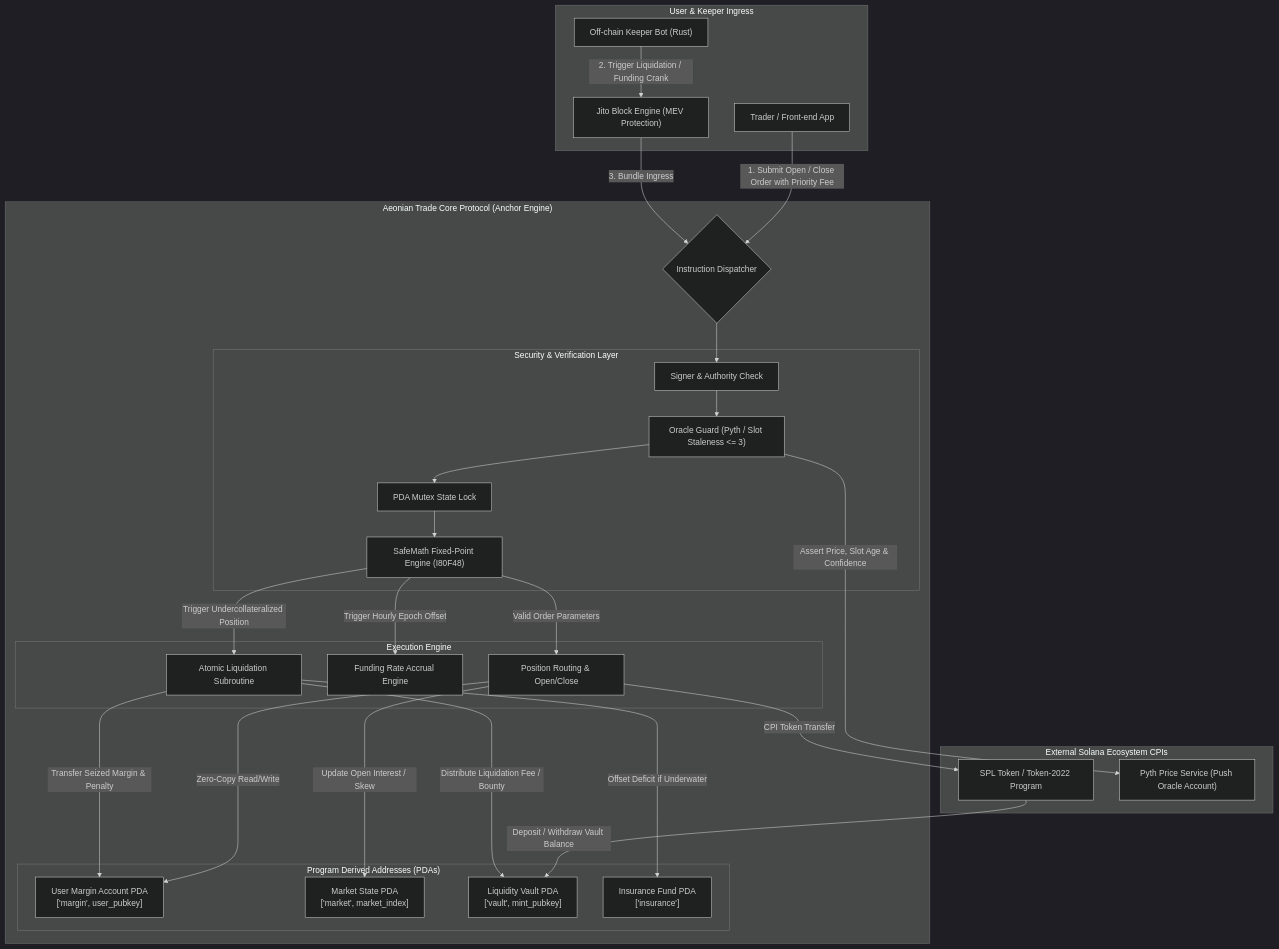
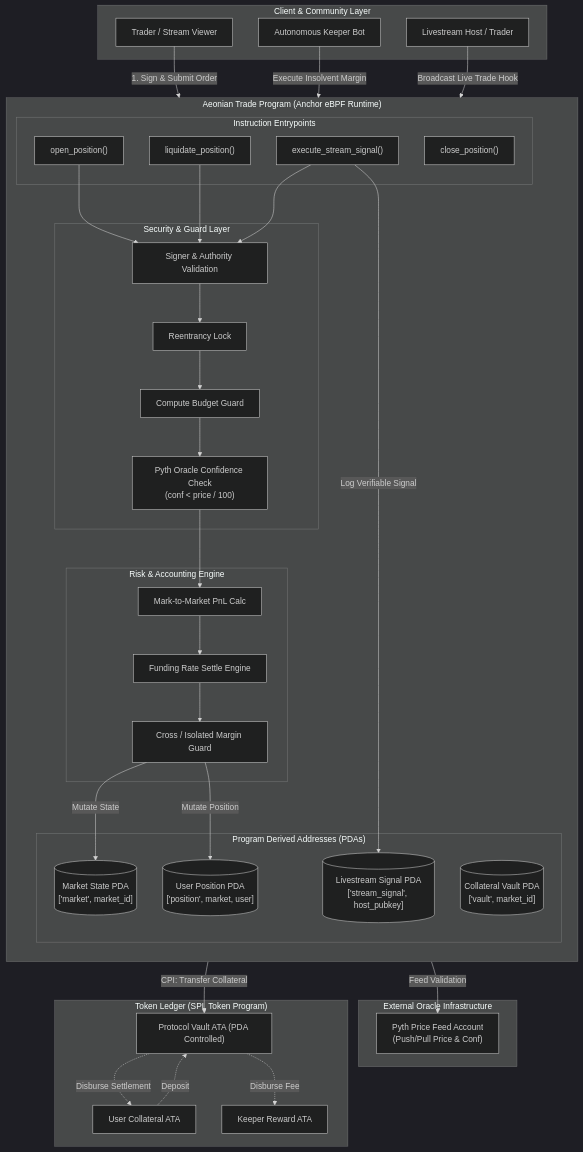
One commit to wiliancolomboo-tech/web3-write-an-x-thread-explaining-aeonia-ac82ad changed the diagram in README.md. Above: the diagram before and after it, drawn with Mermaid (dark theme). The commit also changed other lines of this file and 119 other files, not shown here.

````diff
--- a/README.md
+++ b/README.md
@@ -163,64 +133,76 @@
 ```mermaid
 flowchart TD
-    subgraph ClientLayer["User & Keeper Ingress"]
-        Trader["Trader / Front-end App"]
-        Keeper["Off-chain Keeper Bot (Rust)"]
-        JitoRelay["Jito Block Engine (MEV Protection)"]
+    subgraph Client_Layer ["Client & Community Layer"]
+        Trader["Trader / Stream Viewer"]
+        Keeper["Autonomous Keeper Bot"]
+        Host["Livestream Host / Trader"]
     end
 
-    subgraph ProgramBoundary["Aeonian Trade Core Protocol (Anchor Engine)"]
-        Dispatcher{"Instruction Dispatcher"}
-        
-        subgraph SecurityGuards["Security & Verification Layer"]
-            SignerCheck["Signer & Authority Check"]
-            OracleGuard["Oracle Guard (Pyth / Slot Staleness <= 3)"]
-            MathGuard["SafeMath Fixed-Point Engine (I80F48)"]
-            ReentrancyLock["PDA Mutex State Lock"]
+    subgraph Program_Layer ["Aeonian Trade Program (Anchor eBPF Runtime)"]
+        direction TB
+        subgraph Endpoints ["Instruction Entrypoints"]
+            IX_Open["open_position()"]
+            IX_Close["close_position()"]
+            IX_Liquidate["liquidate_position()"]
+            IX_StreamTrade["execute_stream_signal()"]
         end
 
-        subgraph CoreState["Program Derived Addresses (PDAs)"]
-            UserMargin["User Margin Account PDA\n['margin', user_pubkey]"]
-            MarketState["Market State PDA\n['market', market_index]"]
-            LiquidityPool["Liquidity Vault PDA\n['vault', mint_pubkey]"]
-            InsuranceFund["Insurance Fund PDA\n['insurance']"]
+        subgraph Security ["Security & Guard Layer"]
+            ReentrancyGuard["Reentrancy Lock"]
+            CU_Budget["Compute Budget Guard"]
+            SignerCheck["Signer & Authority Validation"]
+            OracleConfidence["Pyth Oracle Confidence Check\n(conf < price / 100)"]
         end
 
-        subgraph ExecutionEngine["Execution Engine"]
-            OpenClose["Position Routing & Open/Close"]
-            FundingCrank["Funding Rate Accrual Engine"]
-            Liquidator["Atomic Liquidation Subroutine"]
+        subgraph State_PDAs ["Program Derived Addresses (PDAs)"]
+            MarketPDA[("Market State PDA\n['market', market_id]")]
+            PositionPDA[("User Position PDA\n['position', market, user]")]
+            VaultPDA[("Collateral Vault PDA\n['vault', market_id]")]
+            StreamPDA[("Livestream Signal PDA\n['stream_signal', host_pubkey]")]
+        end
+
+        subgraph Accounting ["Risk & Accounting Engine"]
+            PnL["Mark-to-Market PnL Calc"]
+            Funding["Funding Rate Settle Engine"]
+            MarginEngine["Cross / Isolated Margin Guard"]
         end
     end
 
-    subgraph ExternalPrograms["External Solana Ecosystem CPIs"]
-        TokenProgram["SPL Token / Token-2022 Program"]
-        PythOracle["Pyth Price Service (Push Oracle Account)"]
+    subgraph External_Oracles ["External Oracle Infrastructure"]
+        PythFeed["Pyth Price Feed Account\n(Push/Pull Price & Conf)"]
     end
 
-    %% Ingress
-    Trader -->|1. Submit Open / Close Order with Priority Fee| Dispatcher
-    Keeper -->|2. Trigger Liquidation / Funding Crank| JitoRelay
-    JitoRelay -->|3. Bundle Ingress| Dispatcher
+    subgraph SPL_Tokens ["Token Ledger (SPL Token Program)"]
+        UserATA["User Collateral ATA"]
+        ProtocolVaultATA["Protocol Vault ATA (PDA Controlled)"]
+        LiquidatorATA["Keeper Reward ATA"]
+    end
 
-    %% Internal routing & validation
-    Dispatcher --> SignerCheck
-    SignerCheck --> OracleGuard
-    OracleGuard -->|Assert Price, Slot Age & Confidence| PythOracle
-    OracleGuard --> ReentrancyLock
-    ReentrancyLock --> MathGuard
+    %% Interactions
+    Trader -->|1. Sign & Submit Order| IX_Open
+    Keeper -->|Execute Insolvent Margin| IX_Liquidate
+    Host -->|Broadcast Live Trade Hook| IX_StreamTrade
 
-    %% Execution pathways
-    MathGuard -->|Valid Order Parameters| OpenClose
-    MathGuard -->|Trigger Undercollateralized Position| Liquidator
-    MathGuard -->|Trigger Hourly Epoch Offset| FundingCrank
+    IX_Open --> SignerCheck
+    IX_Liquidate --> SignerCheck
+    IX_StreamTrade --> SignerCheck
 
-    %% State manipulation
-    OpenClose -->|Zero-Copy Read/Write| UserMargin
-    OpenClose -->|Update Open Interest / Skew| MarketState
-    OpenClose -->|CPI Token Transfer| TokenProgram
-    TokenProgram -->|Deposit / Withdraw Vault Balance| LiquidityPool
+    SignerCheck --> ReentrancyGuard
+    ReentrancyGuard --> CU_Budget
+    CU_Budget --> OracleConfidence
 
-    Liquidator -->|Transfer Seized Margin & Penalty| UserMargin
-    Liquidator -->|Distribute Liquidation Fee / Bounty| LiquidityPool
-    Liquidator -->|Offset Deficit if Underwater| InsuranceFund
+    OracleConfidence -->|Feed Validation| PythFeed
+
+    OracleConfidence --> PnL
+    PnL --> Funding
+    Funding --> MarginEngine
+
+    MarginEngine -->|Mutate State| MarketPDA
+    MarginEngine -->|Mutate Position| PositionPDA
+    IX_StreamTrade -->|Log Verifiable Signal| StreamPDA
+
+    MarginEngine -->|CPI: Transfer Collateral| ProtocolVaultATA
+    UserATA -.->|Deposit| ProtocolVaultATA
+    ProtocolVaultATA -.->|Disburse Settlement| UserATA
+    ProtocolVaultATA -.->|Disburse Fee| LiquidatorATA
 ```
````
